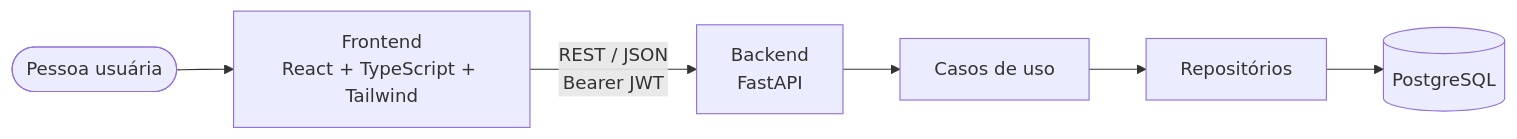
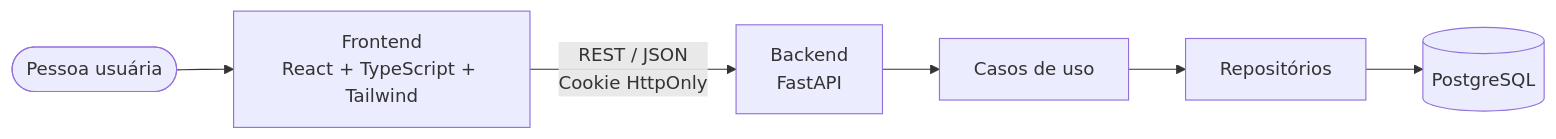
One commit to Leti-10/Lab.EngSoftware changed the diagram in README.md. Above: the diagram before and after it, drawn with Mermaid. The commit also changed other lines of this file and 5 other files, not shown here.

````diff
--- a/README.md
+++ b/README.md
@@ -68,8 +68,8 @@
 ```mermaid
 flowchart LR
     U([Pessoa usuária]) --> F["Frontend<br/>React + TypeScript + Tailwind"]
-    F -- "REST / JSON<br/>Bearer JWT" --> A["Backend<br/>FastAPI"]
+    F -- "REST / JSON<br/>Cookie HttpOnly" --> A["Backend<br/>FastAPI"]
     A --> UC["Casos de uso"]
     UC --> R["Repositórios"]
     R --> DB[("PostgreSQL")]
 ```
````
